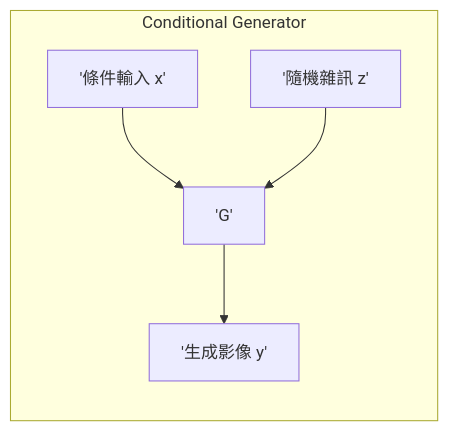
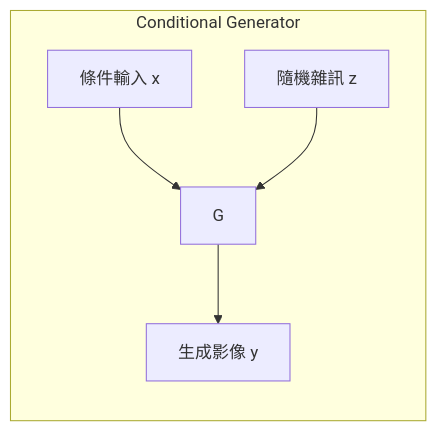
One commit to leo02311/ml2021-notes changed the third of 5 diagrams in content/ml2021_video23_notes.md. Above: the diagram before and after it, drawn with Mermaid. The commit also changed other lines of this file and 35 other files, not shown here.

Commit message:
fix: robust mermaid parser fix for all graphs

````diff
--- a/content/ml2021_video23_notes.md
+++ b/content/ml2021_video23_notes.md
@@ -185,8 +185,8 @@
 ```mermaid
 graph LR
-    subgraph "Conditional Generator"
-        Cond['條件輸入 x'] --> G_cond['G']
-        Noise['隨機雜訊 z'] --> G_cond
-        G_cond --> GenY['生成影像 y']
+    subgraph Node1["Conditional Generator"]
+        Cond["條件輸入 x"] --> G_cond["G"]
+        Noise["隨機雜訊 z"] --> G_cond
+        G_cond --> GenY["生成影像 y"]
     end
 ```
````
